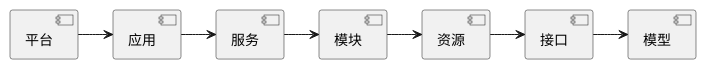
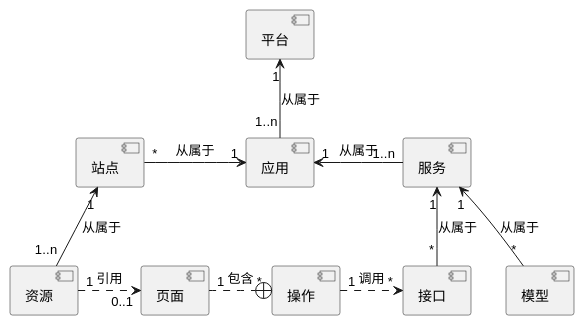
The first of 5 diagrams in docs/100.platform/100.development/150.arch.md (crazydan-studio/duzhou.crazydan.io), drawn with PlantUML before and after one commit. The commit also changed other lines of this file and 2 other files, not shown here.

````diff
--- a/docs/100.platform/100.development/150.arch.md
+++ b/docs/100.platform/100.development/150.arch.md
@@ -18,16 +18,25 @@
 ```plantuml
 [平台] as platform
-[应用] as application
+[应用] as app
+
+[站点] as site
+[资源] as resource
+[页面] as page
+[操作] as action
+
 [服务] as service
-[模块] as module
-[资源] as resource
 [接口] as api
 [模型] as model
 
-platform -> application
-application -> service
-service -> module
-module -> resource
-resource -> api
-api -> model
+platform "1" <-- "1..n" app: 从属于
+
+app "1" <-right- "1..n" service: 从属于
+service "1" <-- "*" api: 从属于
+service "1" <-- "*" model: 从属于
+
+app "1" <-left- "*" site: 从属于
+site "1" <-- "1..n" resource: 从属于
+resource "1" .right.> "0..1" page: 引用
+page "1" .right.+ "*" action: 包含
+action "1" .right.> "*" api: 调用
 ```
````
